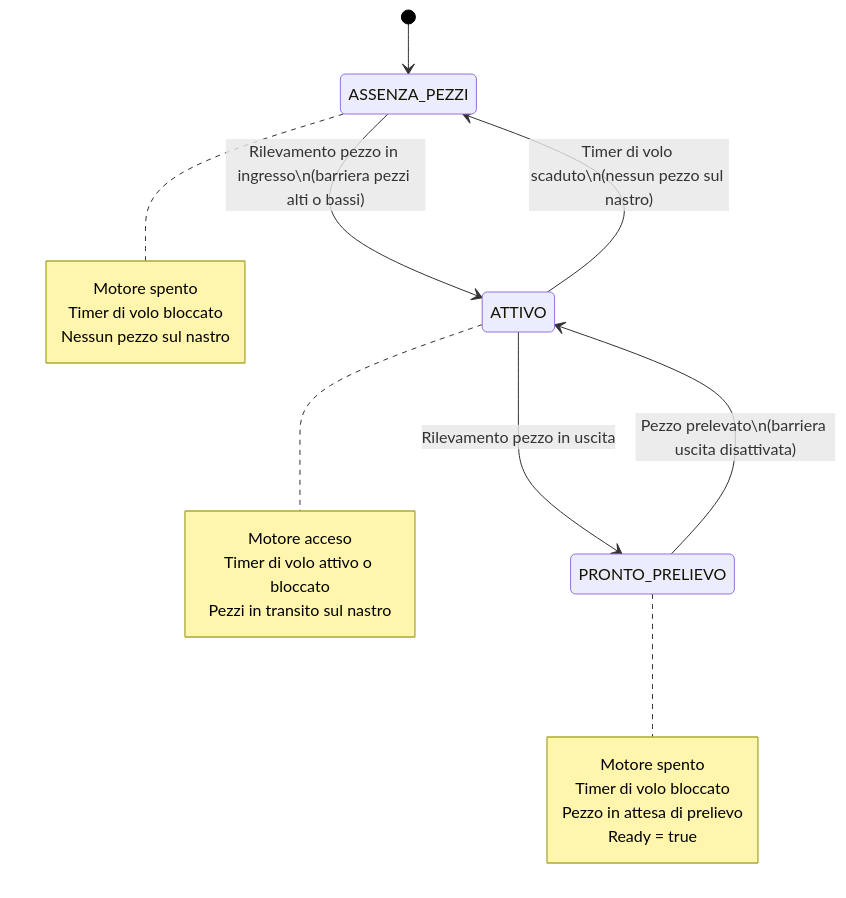
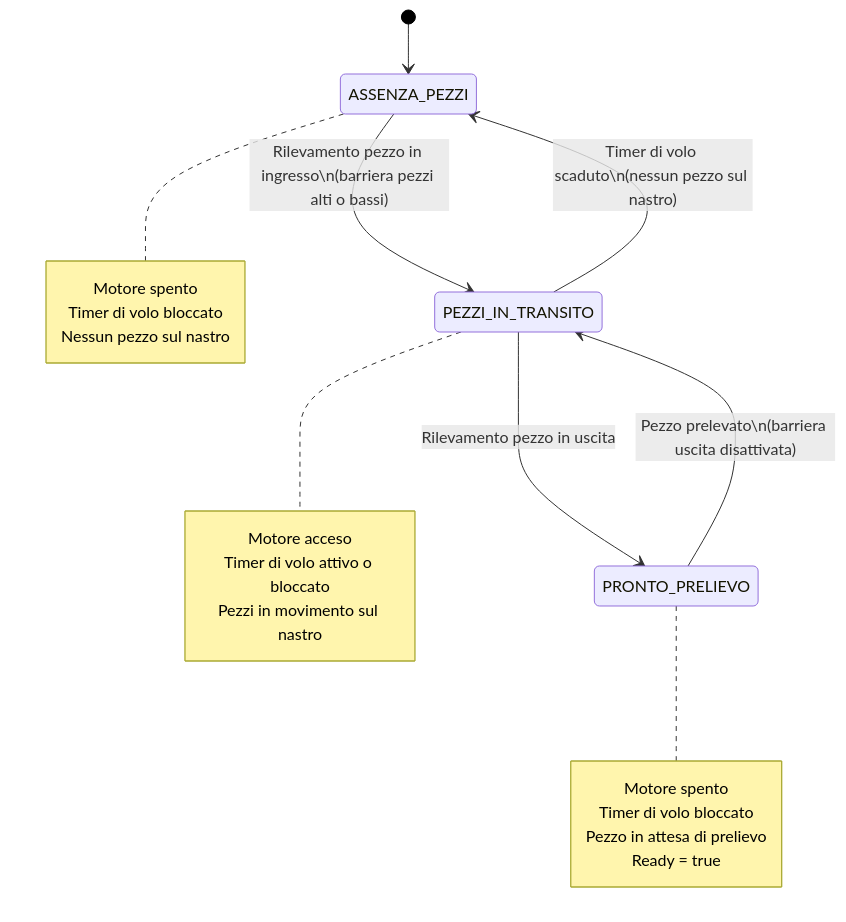
Before and after one commit to sebastianomelita/ArduinoBareMetal: the diagram in nastro.md, drawn with Mermaid.

````diff
--- a/nastro.md
+++ b/nastro.md
@@ -70,29 +70,29 @@
 ```mermaid
 %%{init: {'theme': 'default', 'themeVariables': { 'primaryColor': '#ffffff', 'primaryTextColor': '#000000', 'primaryBorderColor': '#000000', 'lineColor': '#000000', 'secondaryColor': '#f4f4f4', 'tertiaryColor': '#ffffff' }}}%%
 stateDiagram-v2
     [*] --> ASSENZA_PEZZI
     
-    ASSENZA_PEZZI --> ATTIVO: Rilevamento pezzo in ingresso\n(barriera pezzi alti o bassi)
-    ATTIVO --> PRONTO_PRELIEVO: Rilevamento pezzo in uscita
-    PRONTO_PRELIEVO --> ATTIVO: Pezzo prelevato\n(barriera uscita disattivata)
-    ATTIVO --> ASSENZA_PEZZI: Timer di volo scaduto\n(nessun pezzo sul nastro)
+    ASSENZA_PEZZI --> PEZZI_IN_TRANSITO: Rilevamento pezzo in ingresso\n(barriera pezzi alti o bassi)
+    PEZZI_IN_TRANSITO --> PRONTO_PRELIEVO: Rilevamento pezzo in uscita
+    PRONTO_PRELIEVO --> PEZZI_IN_TRANSITO: Pezzo prelevato\n(barriera uscita disattivata)
+    PEZZI_IN_TRANSITO --> ASSENZA_PEZZI: Timer di volo scaduto\n(nessun pezzo sul nastro)
     
     note right of ASSENZA_PEZZI
         Motore spento
         Timer di volo bloccato
         Nessun pezzo sul nastro
     end note
     
-    note right of ATTIVO
+    note right of PEZZI_IN_TRANSITO
         Motore acceso
         Timer di volo attivo o bloccato
-        Pezzi in transito sul nastro
+        Pezzi in movimento sul nastro
     end note
     
     note right of PRONTO_PRELIEVO
         Motore spento
         Timer di volo bloccato
         Pezzo in attesa di prelievo
         Ready = true
     end note
 ```
````
